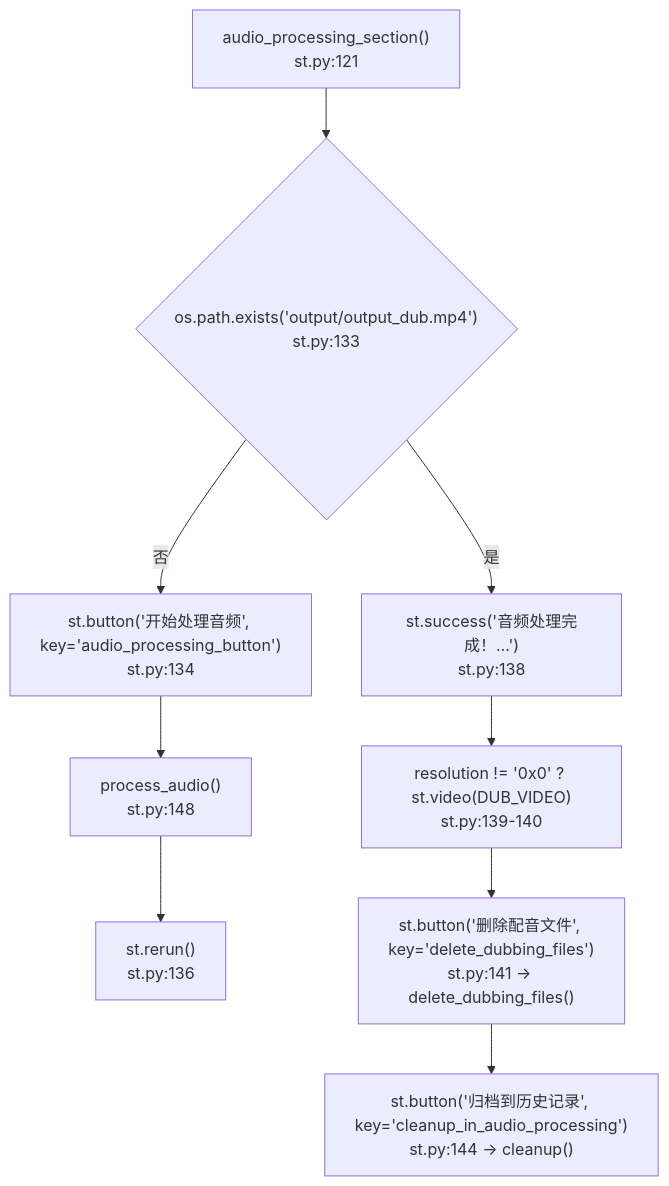
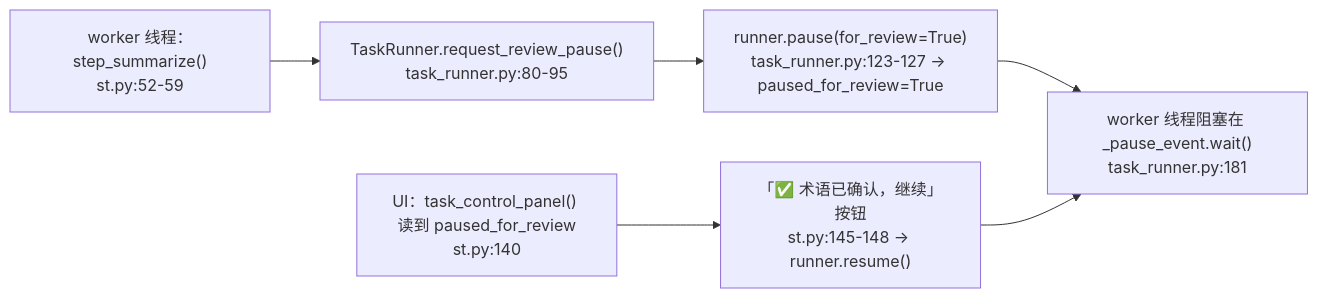
The third of 4 diagrams in devdocs/01-entrypoints/01-Streamlit主应用入口.md (Brzjomo/VideoLingoMove), drawn with Mermaid before and after one commit. The commit also changed other lines of this file and 30 other files, not shown here.

````diff
--- a/devdocs/01-entrypoints/01-Streamlit主应用入口.md
+++ b/devdocs/01-entrypoints/01-Streamlit主应用入口.md
@@ -133,11 +165,8 @@
 ```mermaid
-flowchart TD
-    A["audio_processing_section()<br/>st.py:121"] --> B{"os.path.exists('output/output_dub.mp4')<br/>st.py:133"}
-    B -- "否" --> C["st.button('开始处理音频', key='audio_processing_button')<br/>st.py:134"]
-    C --> D["process_audio()<br/>st.py:148"]
-    D --> E["st.rerun()<br/>st.py:136"]
-    B -- "是" --> F["st.success('音频处理完成！…')<br/>st.py:138"]
-    F --> G["resolution != '0x0' ? st.video(DUB_VIDEO)<br/>st.py:139-140"]
-    G --> H["st.button('删除配音文件', key='delete_dubbing_files')<br/>st.py:141 → delete_dubbing_files()"]
-    H --> I["st.button('归档到历史记录', key='cleanup_in_audio_processing')<br/>st.py:144 → cleanup()"]
+flowchart LR
+    W["worker 线程：step_summarize()<br/>st.py:52-59"] --> R["TaskRunner.request_review_pause()<br/>task_runner.py:80-95"]
+    R --> P["runner.pause(for_review=True)<br/>task_runner.py:123-127 → paused_for_review=True"]
+    P --> Q["worker 线程阻塞在 _pause_event.wait()<br/>task_runner.py:181"]
+    U["UI：task_control_panel() 读到 paused_for_review<br/>st.py:140"] --> B["「✅ 术语已确认，继续」按钮<br/>st.py:145-148 → runner.resume()"]
+    B --> Q
 ```
````
